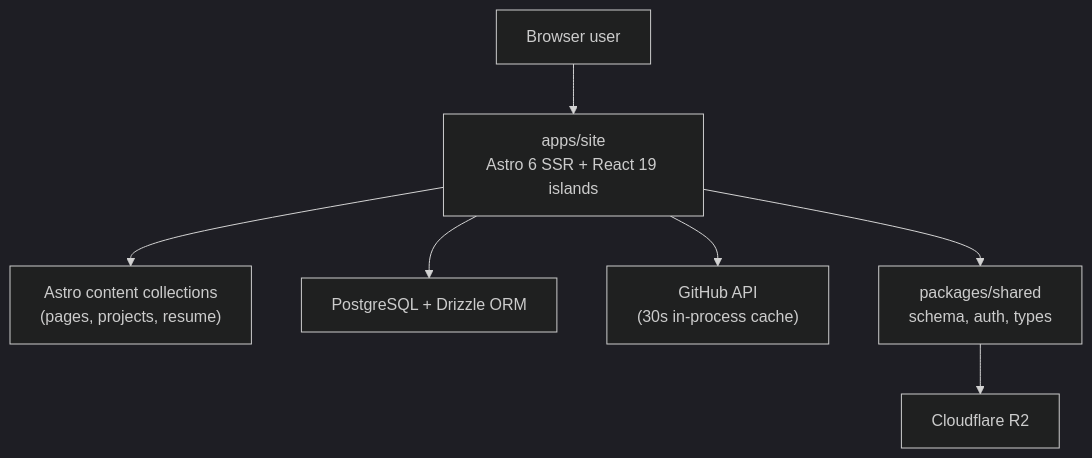
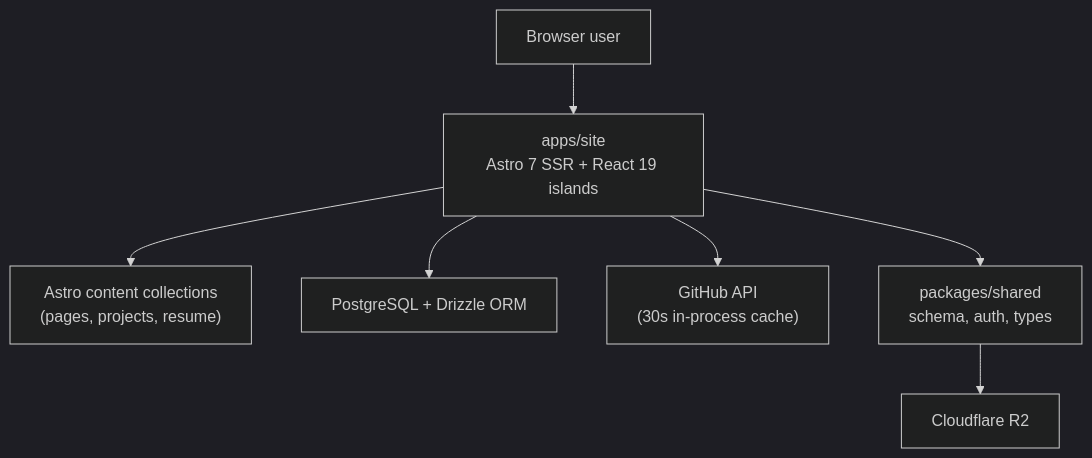
The diagram in docs/ARCHITECTURE.md (stevenfackley/steveackley-website), drawn with Mermaid (dark theme) before and after one commit. The commit also changed 122 other files, not shown here.

````diff
--- a/docs/ARCHITECTURE.md
+++ b/docs/ARCHITECTURE.md
@@ -5,9 +5,9 @@
 ```mermaid
 flowchart TB
-    user["Browser user"] --> site["apps/site<br/>Astro 6 SSR + React 19 islands"]
+    user["Browser user"] --> site["apps/site<br/>Astro 7 SSR + React 19 islands"]
     site --> content["Astro content collections<br/>(pages, projects, resume)"]
     site --> db["PostgreSQL + Drizzle ORM"]
     site --> github["GitHub API<br/>(30s in-process cache)"]
     site --> shared["packages/shared<br/>schema, auth, types"]
     shared --> r2["Cloudflare R2"]
 ```
````
